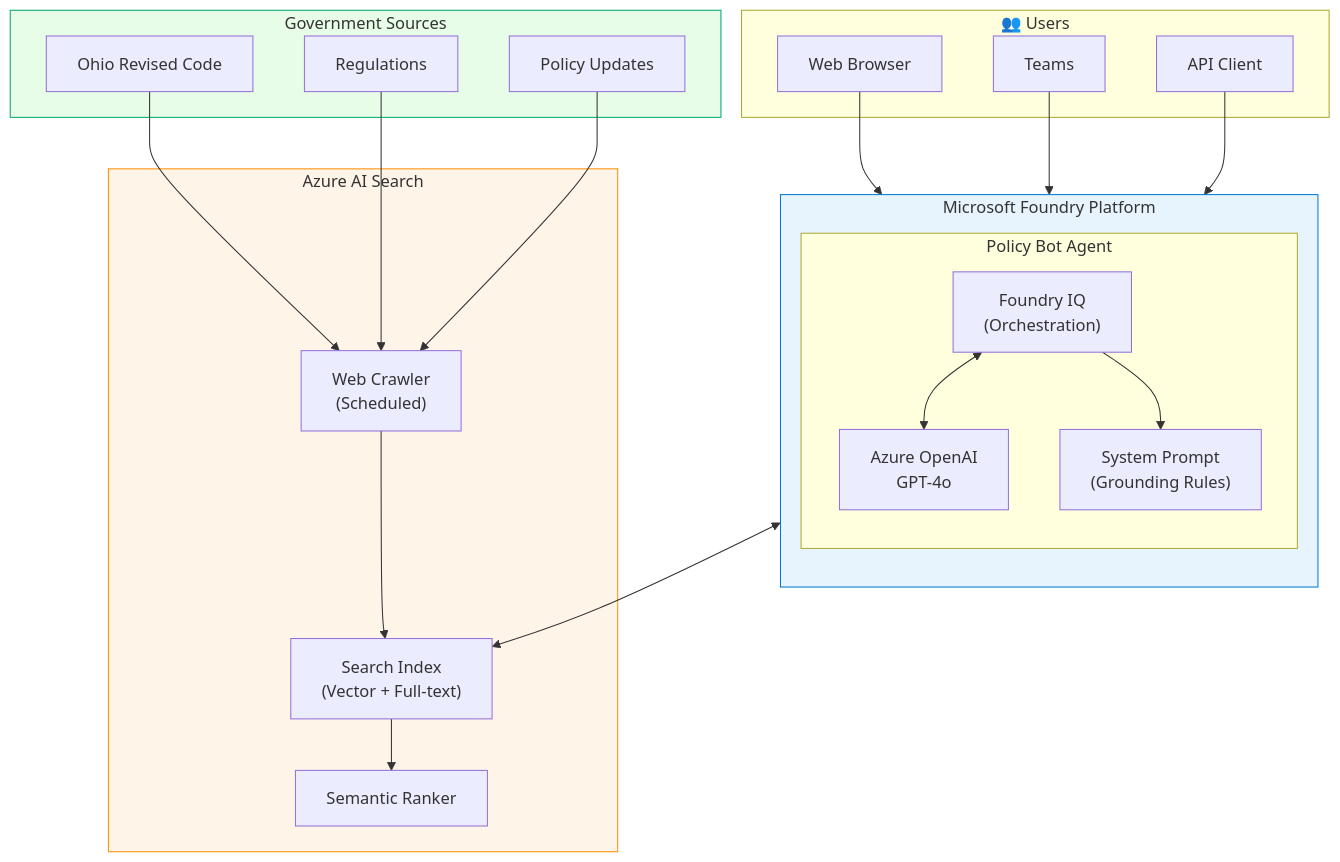
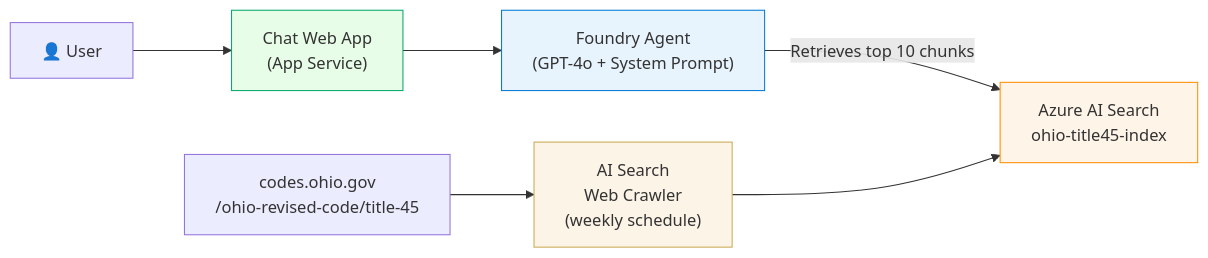
The first of 2 diagrams in docs/architecture.md (ricardo-msft-SE/policybot1), drawn with Mermaid before and after one commit. The commit also changed other lines of this file and 10 other files, not shown here.

````diff
--- a/docs/architecture.md
+++ b/docs/architecture.md
@@ -15,41 +24,13 @@
 ```mermaid
-flowchart TB
-    subgraph Users["👥 Users"]
-        U1["Web Browser"]
-        U2["Teams"]
-        U3["API Client"]
-    end
-    
-    subgraph Foundry["Microsoft Foundry Platform"]
-        direction TB
-        subgraph Agent["Policy Bot Agent"]
-            IQ["Foundry IQ\n(Orchestration)"]
-            LLM["Azure OpenAI\nGPT-4o"]
-            SYS["System Prompt\n(Grounding Rules)"]
-        end
-    end
-    
-    subgraph Search["Azure AI Search"]
-        IDX["Search Index\n(Vector + Full-text)"]
-        CRAWL["Web Crawler\n(Scheduled)"]
-        SEM["Semantic Ranker"]
-    end
-    
-    subgraph Sources["Government Sources"]
-        GOV1["Ohio Revised Code"]
-        GOV2["Regulations"]
-        GOV3["Policy Updates"]
-    end
-    
-    U1 & U2 & U3 --> IQ
-    IQ <--> LLM
-    IQ --> SYS
-    IQ <--> IDX
-    IDX --> SEM
-    CRAWL --> IDX
-    GOV1 & GOV2 & GOV3 --> CRAWL
-    
-    style Foundry fill:#e8f4fd,stroke:#0078d4
+flowchart LR
+    User["👤 User"] --> WebApp["Chat Web App\n(App Service)"]
+    WebApp --> Agent["Foundry Agent\n(GPT-4o + System Prompt)"]
+    Agent -->|"Retrieves top 10 chunks"| Search["Azure AI Search\nohio-title45-index"]
+    Crawler["AI Search\nWeb Crawler\n(weekly schedule)"] --> Search
+    Ohio["codes.ohio.gov\n/ohio-revised-code/title-45"] --> Crawler
+
+    style Agent fill:#e8f4fd,stroke:#0078d4
     style Search fill:#fff4e8,stroke:#ff8c00
-    style Sources fill:#e8fde8,stroke:#00a86b
+    style WebApp fill:#e8fde8,stroke:#00a86b
+    style Crawler fill:#fdf4e8,stroke:#c8a951
 ```
````
